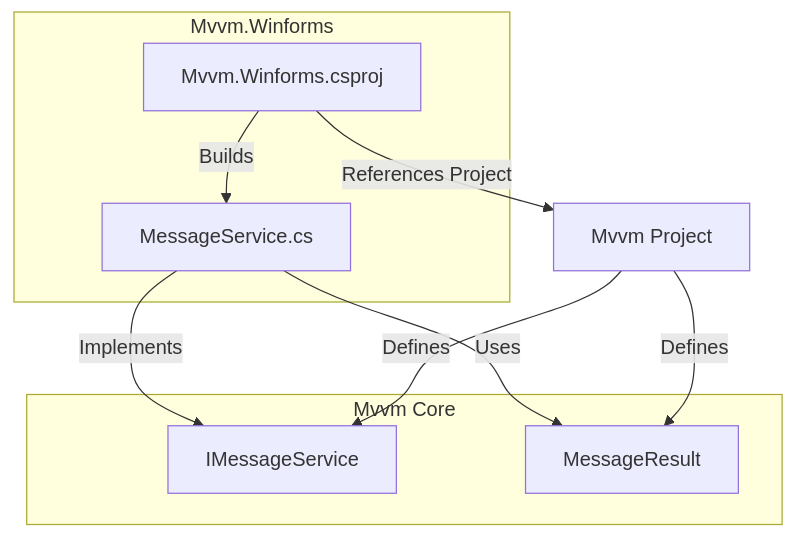
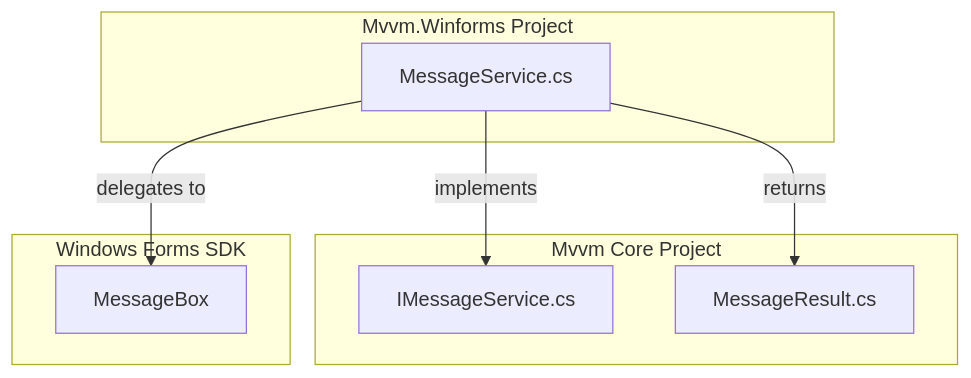
The diagram in doc/Mvvm.Winforms.md (wetzlmaier-scch/mvvm), drawn with Mermaid before and after one commit. The commit also changed other lines of this file and 132 other files, not shown here.

````diff
--- a/doc/Mvvm.Winforms.md
+++ b/doc/Mvvm.Winforms.md
@@ -17,19 +15,19 @@
 ```mermaid
 flowchart TD
-    subgraph Mvvm.Winforms
+    subgraph "Mvvm.Winforms Project"
         MS[MessageService.cs]
-        CSPROJ[Mvvm.Winforms.csproj]
     end
     
-    subgraph Mvvm Core
-        IMES[IMessageService]
-        MRES[MessageResult]
+    subgraph "Mvvm Core Project"
+        IMS[IMessageService.cs]
+        MR[MessageResult.cs]
     end
-
-    CSPROJ -->|Builds| MS
-    MS -->|Implements| IMES
-    MS -->|Uses| MRES
-    CSPROJ -->|References Project| MvvmCore[Mvvm Project]
-    MvvmCore -->|Defines| IMES
-    MvvmCore -->|Defines| MRES
+    
+    subgraph "Windows Forms SDK"
+        MB[MessageBox]
+    end
+    
+    MS -->|implements| IMS
+    MS -->|returns| MR
+    MS -->|delegates to| MB
 ```
````
